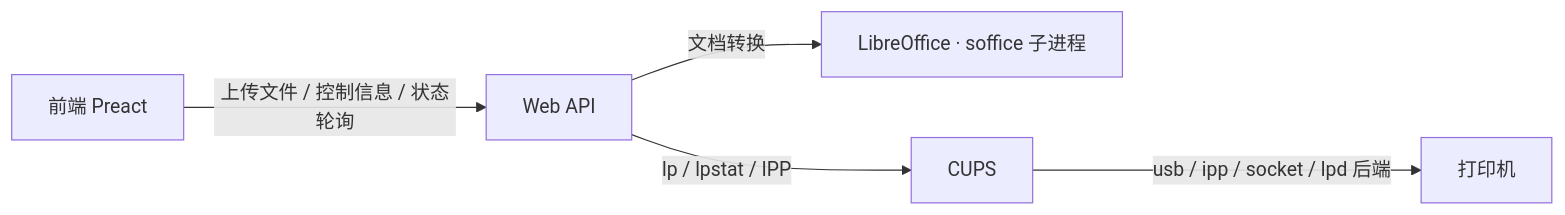
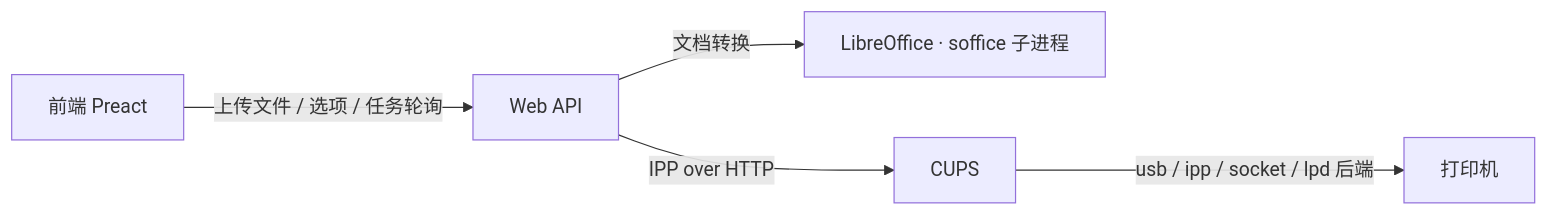
Before and after one commit to NIyueeE/just-print: the diagram in docs/architecture.md, drawn with Mermaid. The commit also changed other lines of this file and 12 other files, not shown here.

First line of the commit message:
docs,ci: document the IPP/idempotent API and harden delivery

````diff
--- a/docs/architecture.md
+++ b/docs/architecture.md
@@ -5,7 +5,7 @@
 ```mermaid
 flowchart LR
-    FE[前端 Preact] -->|上传文件 / 控制信息 / 状态轮询| API[Web API]
+    FE[前端 Preact] -->|上传文件 / 选项 / 任务轮询| API[Web API]
     API -->|文档转换| CVT[LibreOffice · soffice 子进程]
-    API -->|lp / lpstat / IPP| CUPS[CUPS]
+    API -->|IPP over HTTP| CUPS[CUPS]
     CUPS -->|usb / ipp / socket / lpd 后端| PRINTER[打印机]
 ```
````
